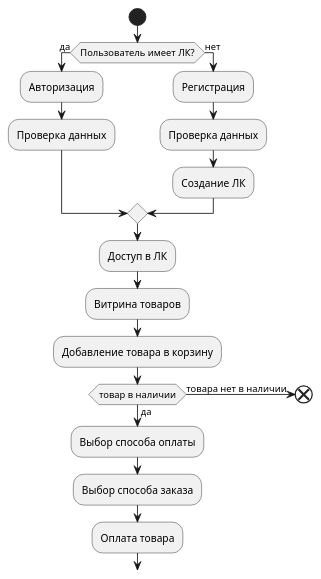
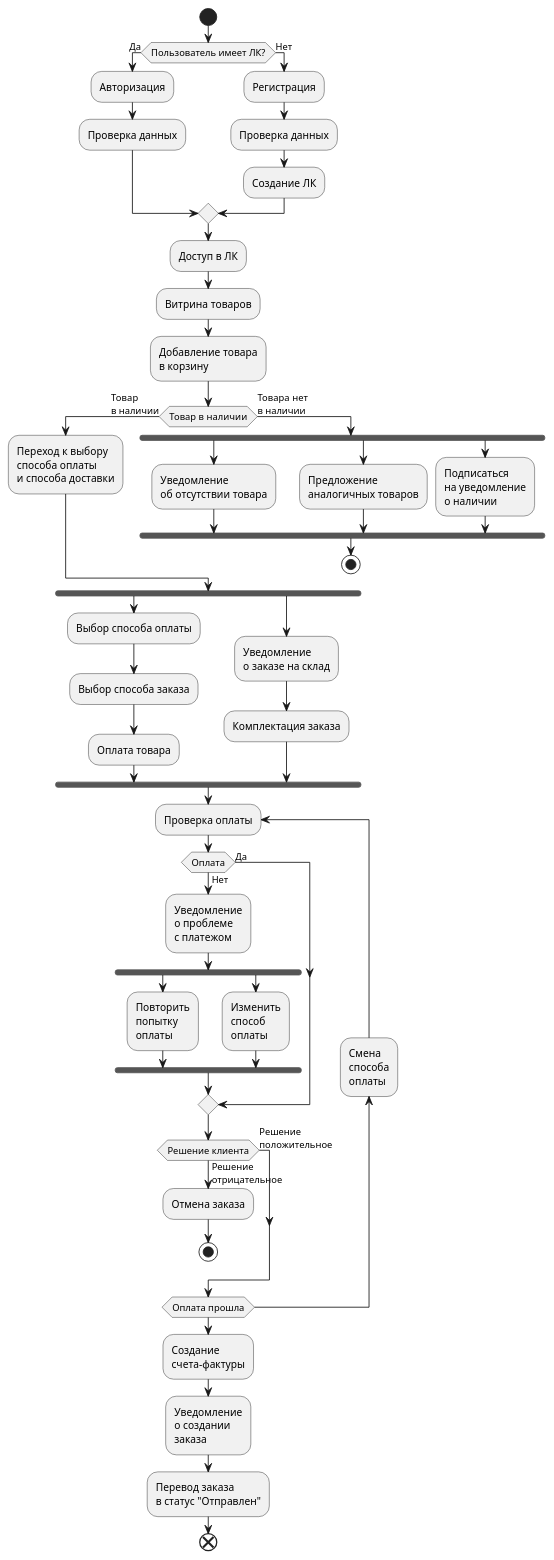
One commit to kirillrumyantsev-hub/uml-diagrams changed the diagram in and_xor/and_xor_example.wsd. Above: the diagram before and after it, drawn with PlantUML. The commit also changed 1 other file, not shown here.

```diff
--- a/and_xor/and_xor_example.wsd
+++ b/and_xor/and_xor_example.wsd
@@ -1,22 +1,57 @@
-@startuml
+@startumlname Упражение and_xor
 start
-if (Пользователь имеет ЛК?) then (да)
+if (Пользователь имеет ЛК?) then (Да)
     :Авторизация;
     :Проверка данных;
-else (нет)
+else (Нет)
     :Регистрация;
     :Проверка данных;
     :Создание ЛК;
 endif
 :Доступ в ЛК;
 :Витрина товаров;
-:Добавление товара в корзину;
-if (товар в наличии) then (да)
+:Добавление товара\nв корзину;
+if (Товар в наличии) then (Товар\nв наличии)
+    :Переход к выбору\nспособа оплаты\nи способа доставки;
+else (Товара нет\nв наличии)
+    fork
+        :Уведомление\nоб отсутствии товара;
+    fork again
+        :Предложение\nаналогичных товаров;
+    fork again
+        :Подписаться\nна уведомление\nо наличии;
+    end fork
+    stop
+endif
+fork
     :Выбор способа оплаты;
     :Выбор способа заказа;
     :Оплата товара;
-else (товара нет в наличии)
-    
-
+fork again
+    :Уведомление\nо заказе на склад;
+    :Комплектация заказа;
+end fork
+repeat :Проверка оплаты;
+    if (Оплата) then (Да)
+        
+    else (Нет)
+        :Уведомление\nо проблеме\nс платежом;
+        fork
+            :Повторить\nпопытку\nоплаты;
+        fork again
+            :Изменить\nспособ\nоплаты;
+        end fork
+    endif
+    if (Решение клиента) then (Решение\nположительное)
+        
+    else (Решение\nотрицательное)
+        :Отмена заказа;
+        stop
+    endif
+backward :Смена\nспособа\nоплаты;
+repeat while (Оплата прошла)
+:Создание\nсчета-фактуры;
+:Уведомление\nо создании\nзаказа;
+:Перевод заказа\nв статус "Отправлен";
 end
 @enduml
```
